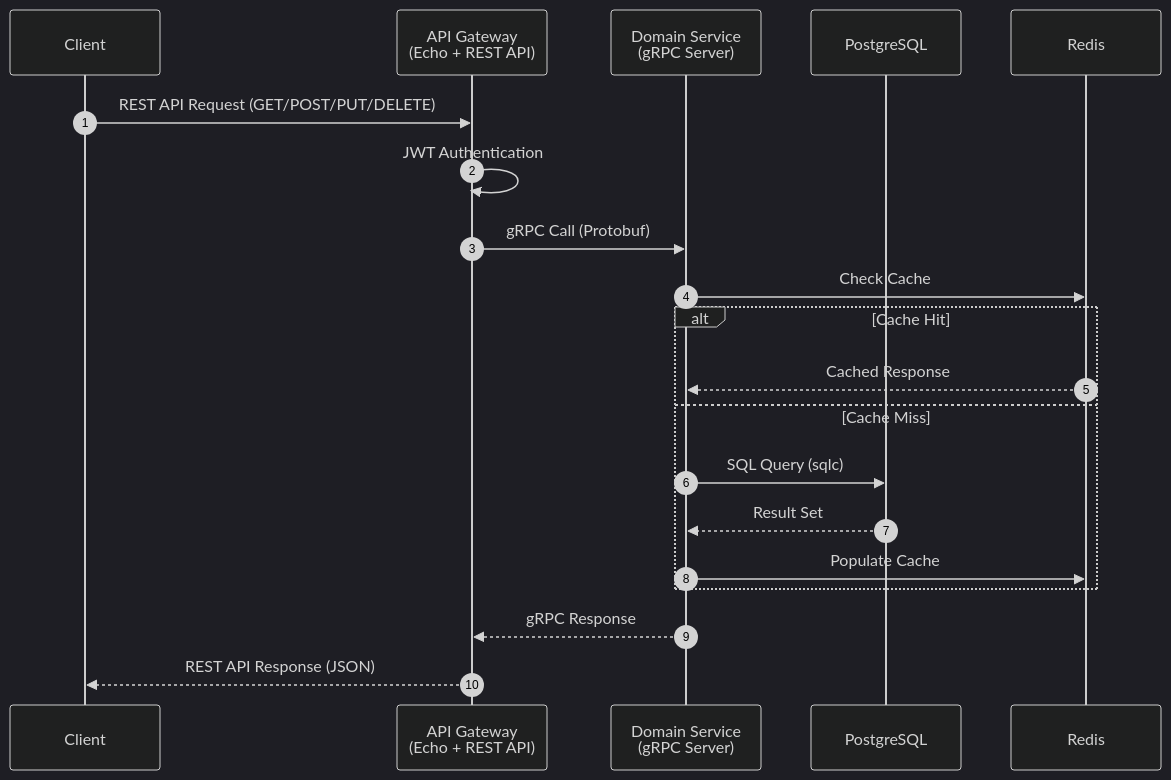
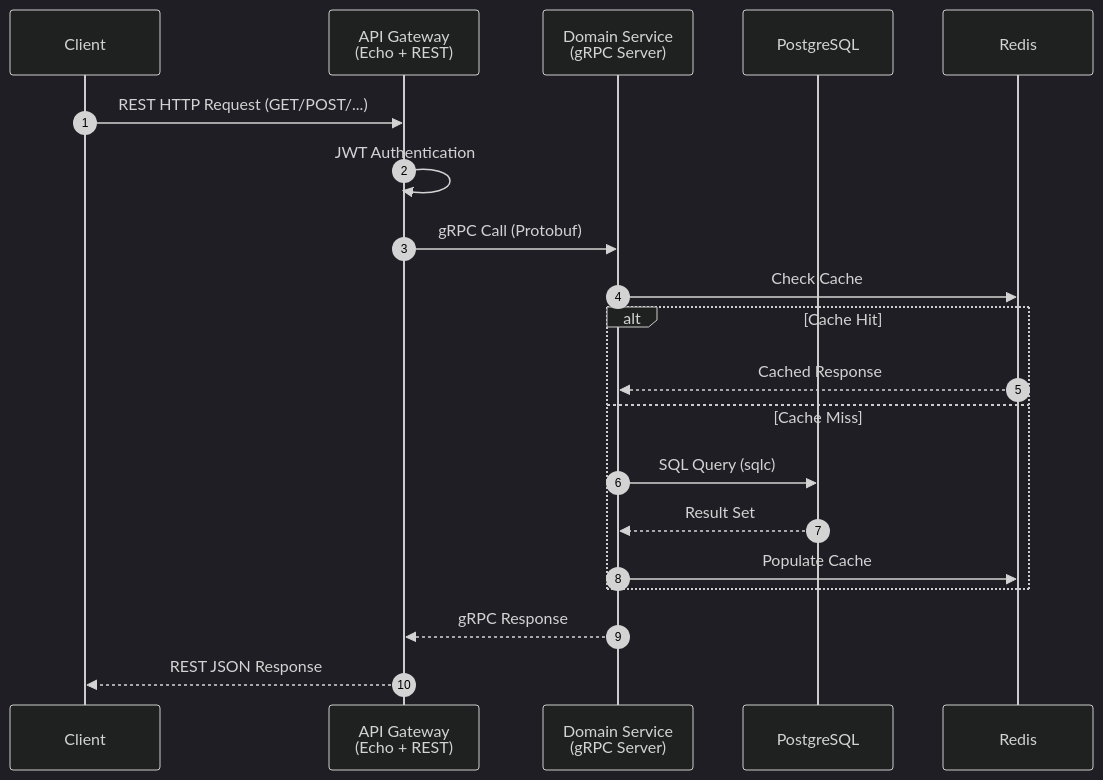
The fourth of 8 diagrams in README.md (MamangRust/monolith-ecommerce-grpc), drawn with Mermaid (dark theme) before and after one commit. The commit also changed other lines of this file and 952 other files, not shown here.

Commit message:
refactor: reorganize service architectures, update Kubernetes deployments, and optimize shared utility structures.

````diff
--- a/README.md
+++ b/README.md
@@ -285,23 +291,23 @@
 ```mermaid
 sequenceDiagram
     autonumber
     participant C as Client
-    participant GW as API Gateway<br/>(Echo + REST API)
+    participant GW as API Gateway<br/>(Echo + REST)
     participant SVC as Domain Service<br/>(gRPC Server)
     participant DB as PostgreSQL
     participant CACHE as Redis
 
-    C->>GW: REST API Request (GET/POST/PUT/DELETE)
+    C->>GW: REST HTTP Request (GET/POST/...)
     GW->>GW: JWT Authentication
     GW->>SVC: gRPC Call (Protobuf)
     SVC->>CACHE: Check Cache
     alt Cache Hit
         CACHE-->>SVC: Cached Response
     else Cache Miss
         SVC->>DB: SQL Query (sqlc)
         DB-->>SVC: Result Set
         SVC->>CACHE: Populate Cache
     end
     SVC-->>GW: gRPC Response
-    GW-->>C: REST API Response (JSON)
+    GW-->>C: REST JSON Response
 ```
````
